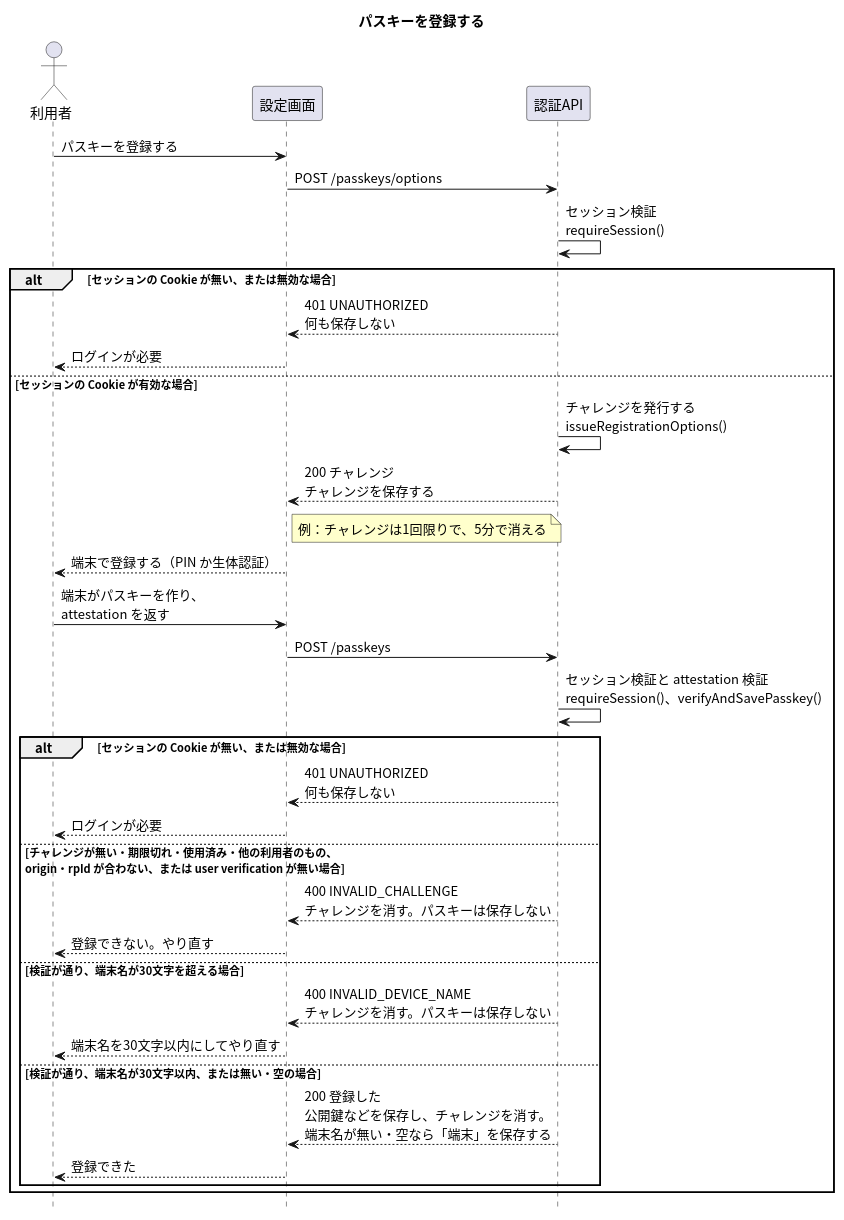
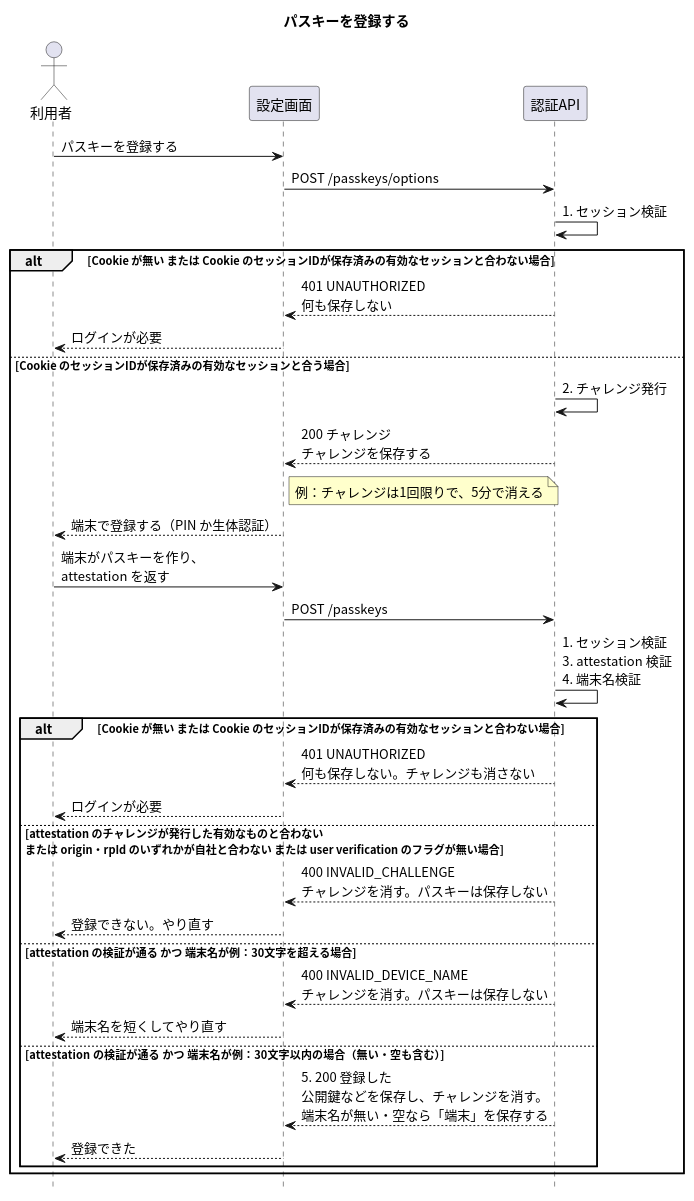
The diagram in apis/register-passkey/入口.puml (masamasamasato/design-doc-template), drawn with PlantUML before and after one commit. The commit also changed 35 other files, not shown here.

```diff
--- a/apis/register-passkey/入口.puml
+++ b/apis/register-passkey/入口.puml
@@ -1,42 +1,42 @@
 @startuml
 skinparam shadowing false
 skinparam defaultFontName "Noto Sans CJK JP"
 skinparam SequenceFontName "Noto Sans CJK JP"
 skinparam NoteBackgroundColor #FFFFCC
 hide footbox
 
 title パスキーを登録する
 
 actor "利用者" as User
 participant "設定画面" as Screen
 participant "認証API" as API
 
 User -> Screen : パスキーを登録する
 Screen -> API : POST /passkeys/options
-API -> API : セッション検証\nrequireSession()
-alt セッションの Cookie が無い、または無効な場合
+API -> API : 1. セッション検証
+alt Cookie が無い または Cookie のセッションIDが保存済みの有効なセッションと合わない場合
   API --> Screen : 401 UNAUTHORIZED\n何も保存しない
   Screen --> User : ログインが必要
-else セッションの Cookie が有効な場合
-  API -> API : チャレンジを発行する\nissueRegistrationOptions()
+else Cookie のセッションIDが保存済みの有効なセッションと合う場合
+  API -> API : 2. チャレンジ発行
   API --> Screen : 200 チャレンジ\nチャレンジを保存する
   note right of Screen : 例：チャレンジは1回限りで、5分で消える
   Screen --> User : 端末で登録する（PIN か生体認証）
   User -> Screen : 端末がパスキーを作り、\nattestation を返す
   Screen -> API : POST /passkeys
-  API -> API : セッション検証と attestation 検証\nrequireSession()、verifyAndSavePasskey()
-  alt セッションの Cookie が無い、または無効な場合
-    API --> Screen : 401 UNAUTHORIZED\n何も保存しない
+  API -> API : 1. セッション検証\n3. attestation 検証\n4. 端末名検証
+  alt Cookie が無い または Cookie のセッションIDが保存済みの有効なセッションと合わない場合
+    API --> Screen : 401 UNAUTHORIZED\n何も保存しない。チャレンジも消さない
     Screen --> User : ログインが必要
-  else チャレンジが無い・期限切れ・使用済み・他の利用者のもの、\norigin・rpId が合わない、または user verification が無い場合
+  else attestation のチャレンジが発行した有効なものと合わない\nまたは origin・rpId のいずれかが自社と合わない または user verification のフラグが無い場合
     API --> Screen : 400 INVALID_CHALLENGE\nチャレンジを消す。パスキーは保存しない
     Screen --> User : 登録できない。やり直す
-  else 検証が通り、端末名が30文字を超える場合
+  else attestation の検証が通る かつ 端末名が例：30文字を超える場合
     API --> Screen : 400 INVALID_DEVICE_NAME\nチャレンジを消す。パスキーは保存しない
-    Screen --> User : 端末名を30文字以内にしてやり直す
-  else 検証が通り、端末名が30文字以内、または無い・空の場合
-    API --> Screen : 200 登録した\n公開鍵などを保存し、チャレンジを消す。\n端末名が無い・空なら「端末」を保存する
+    Screen --> User : 端末名を短くしてやり直す
+  else attestation の検証が通る かつ 端末名が例：30文字以内の場合（無い・空も含む）
+    API --> Screen : 5. 200 登録した\n公開鍵などを保存し、チャレンジを消す。\n端末名が無い・空なら「端末」を保存する
     Screen --> User : 登録できた
   end
 end
 @enduml
```
